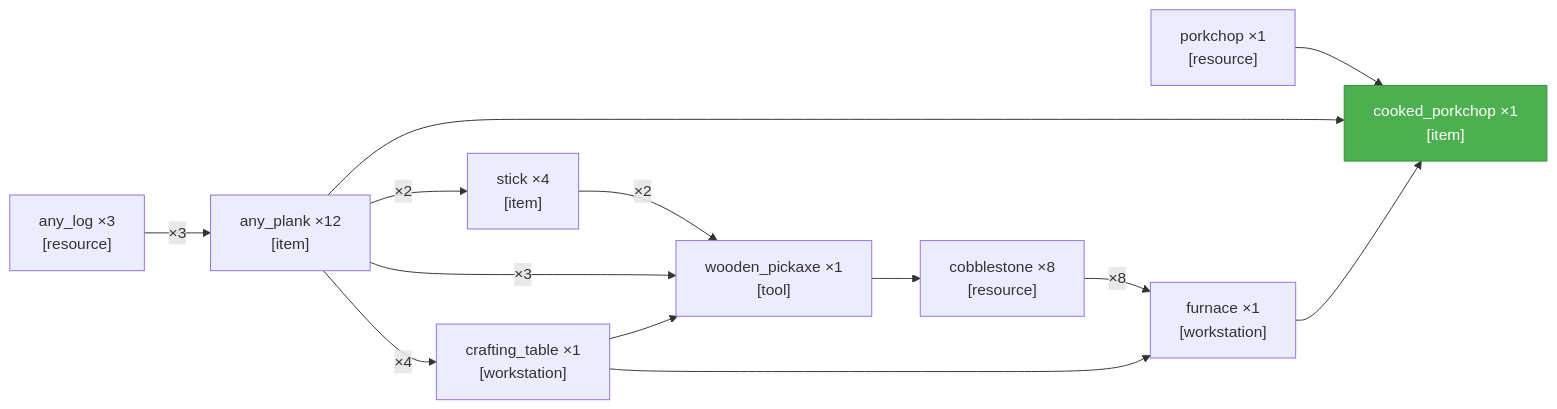
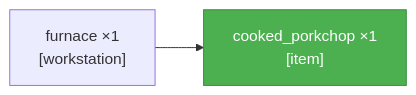
The diagram in achievement_hunter/rollout_live/current_scsg.md (tomfenno/embodied-intelligence-minecraft), drawn with Mermaid before and after one commit. The commit also changed other lines of this file and 28 other files, not shown here.

````diff
--- a/achievement_hunter/rollout_live/current_scsg.md
+++ b/achievement_hunter/rollout_live/current_scsg.md
@@ -4,25 +4,7 @@
 ```mermaid
 graph LR
     cooked_porkchop["cooked_porkchop ×1<br/>[item]"]
-    porkchop["porkchop ×1<br/>[resource]"]
     furnace["furnace ×1<br/>[workstation]"]
-    cobblestone["cobblestone ×8<br/>[resource]"]
-    wooden_pickaxe["wooden_pickaxe ×1<br/>[tool]"]
-    stick["stick ×4<br/>[item]"]
-    any_plank["any_plank ×12<br/>[item]"]
-    any_log["any_log ×3<br/>[resource]"]
-    crafting_table["crafting_table ×1<br/>[workstation]"]
-    porkchop -->cooked_porkchop
-    any_plank -->cooked_porkchop
     furnace -->cooked_porkchop
-    cobblestone -->|"×8"| furnace
-    crafting_table -->furnace
-    wooden_pickaxe -->cobblestone
-    stick -->|"×2"| wooden_pickaxe
-    any_plank -->|"×3"| wooden_pickaxe
-    crafting_table -->wooden_pickaxe
-    any_plank -->|"×2"| stick
-    any_log -->|"×3"| any_plank
-    any_plank -->|"×4"| crafting_table
     style cooked_porkchop fill:#4CAF50,color:#fff,stroke:#388E3C
 ```
````
